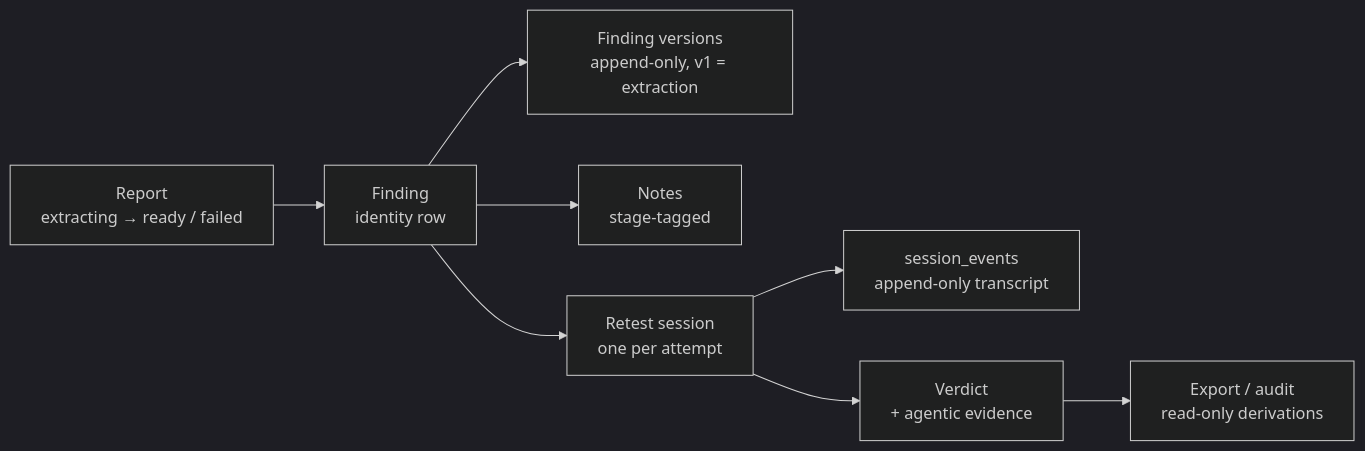
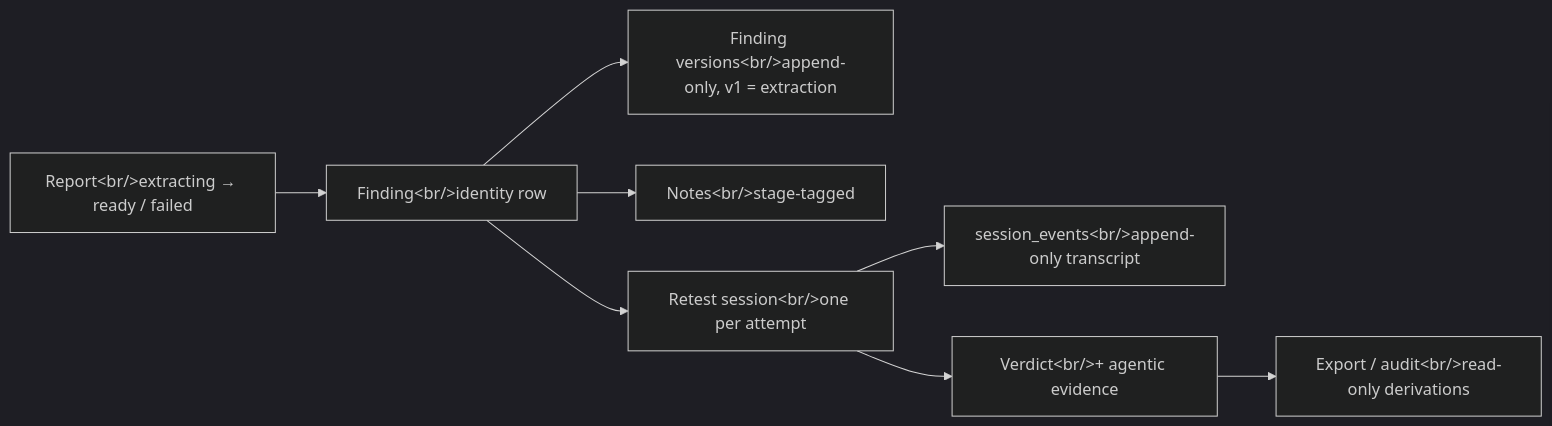
The first of 3 diagrams in docs/architecture/workflow.md (SelfishCoconut/revalid), drawn with Mermaid (dark theme) before and after one commit. The commit also changed other lines of this file and 7 other files, not shown here.

First line of the commit message:
docs: make diagrams legible, add 10 new ones, audit remaining pages (#149) (#151)

````diff
--- a/docs/architecture/workflow.md
+++ b/docs/architecture/workflow.md
@@ -41,10 +41,10 @@
 ```mermaid
 flowchart LR
-    R[Report<br/>extracting → ready / failed] --> F[Finding<br/>identity row]
-    F --> V[Finding versions<br/>append-only, v1 = extraction]
-    F --> N[Notes<br/>stage-tagged]
-    F --> S[Retest session<br/>one per attempt]
-    S --> E[session_events<br/>append-only transcript]
-    S --> VD[Verdict<br/>+ agentic evidence]
-    VD --> X[Export / audit<br/>read-only derivations]
+    R[Report&lt;br/&gt;extracting → ready / failed] --> F[Finding&lt;br/&gt;identity row]
+    F --> V[Finding versions&lt;br/&gt;append-only, v1 = extraction]
+    F --> N[Notes&lt;br/&gt;stage-tagged]
+    F --> S[Retest session&lt;br/&gt;one per attempt]
+    S --> E[session_events&lt;br/&gt;append-only transcript]
+    S --> VD[Verdict&lt;br/&gt;+ agentic evidence]
+    VD --> X[Export / audit&lt;br/&gt;read-only derivations]
 ```
````
